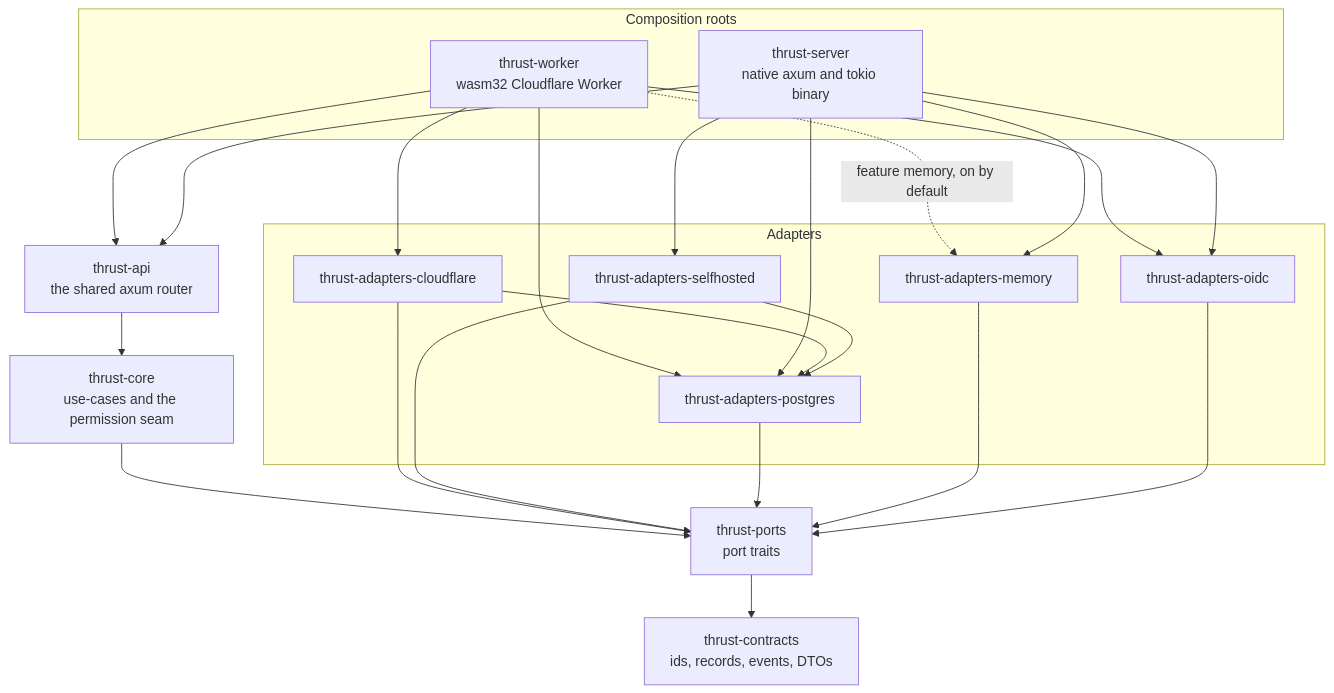
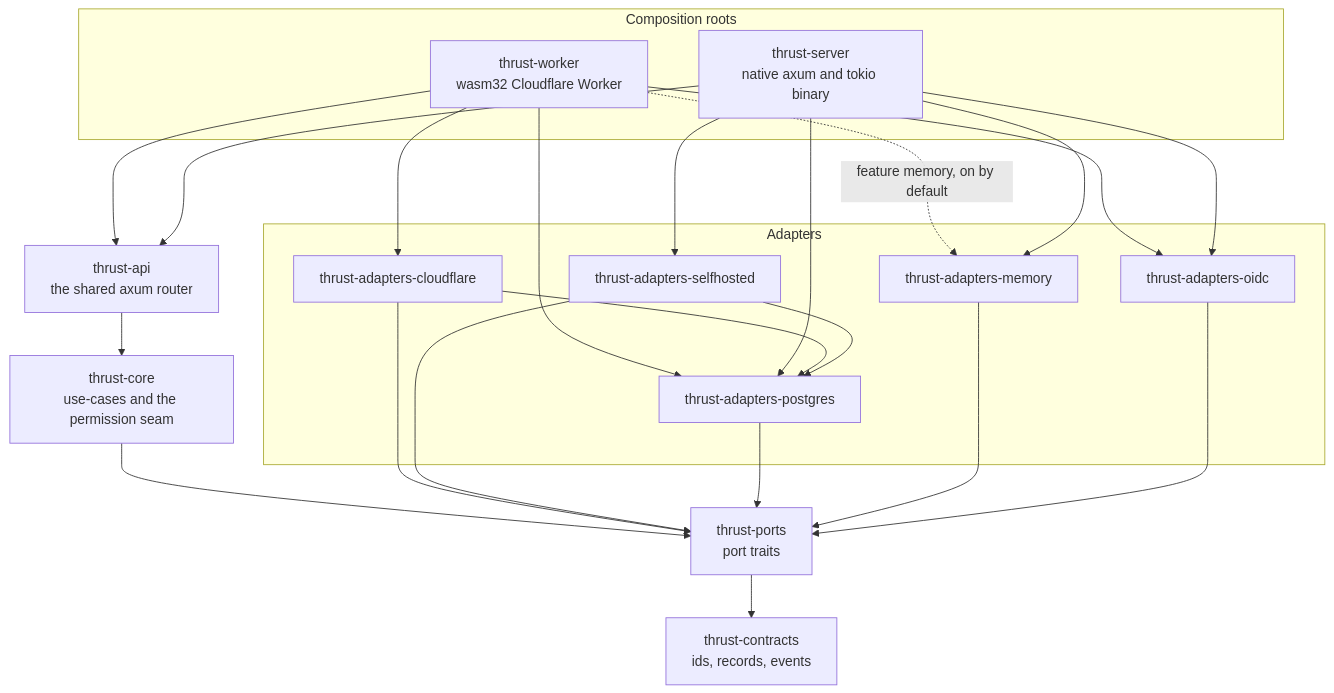
Before and after one commit to aRustyDev/thrust: the diagram in docs/src/architecture/app.md, drawn with Mermaid. The commit also changed other lines of this file and 6 other files, not shown here.

````diff
--- a/docs/src/architecture/app.md
+++ b/docs/src/architecture/app.md
@@ -16,39 +16,39 @@
 ```mermaid
 flowchart TB
   subgraph roots[Composition roots]
     worker[thrust-worker<br/>wasm32 Cloudflare Worker]
     server[thrust-server<br/>native axum and tokio binary]
   end
   subgraph adapters[Adapters]
     cf[thrust-adapters-cloudflare]
     sh[thrust-adapters-selfhosted]
     pg[thrust-adapters-postgres]
     mem[thrust-adapters-memory]
     oidc[thrust-adapters-oidc]
   end
   api[thrust-api<br/>the shared axum router]
   core[thrust-core<br/>use-cases and the permission seam]
   ports[thrust-ports<br/>port traits]
-  contracts[thrust-contracts<br/>ids, records, events, DTOs]
+  contracts[thrust-contracts<br/>ids, records, events]
 
   worker --> api
   worker --> cf
   worker --> pg
   worker -.->|feature memory, on by default| mem
   worker --> oidc
   server --> api
   server --> sh
   server --> pg
   server --> mem
   server --> oidc
   api --> core
   core --> ports
   ports --> contracts
   cf --> pg
   sh --> pg
   cf --> ports
   sh --> ports
   pg --> ports
   mem --> ports
   oidc --> ports
 ```
````
